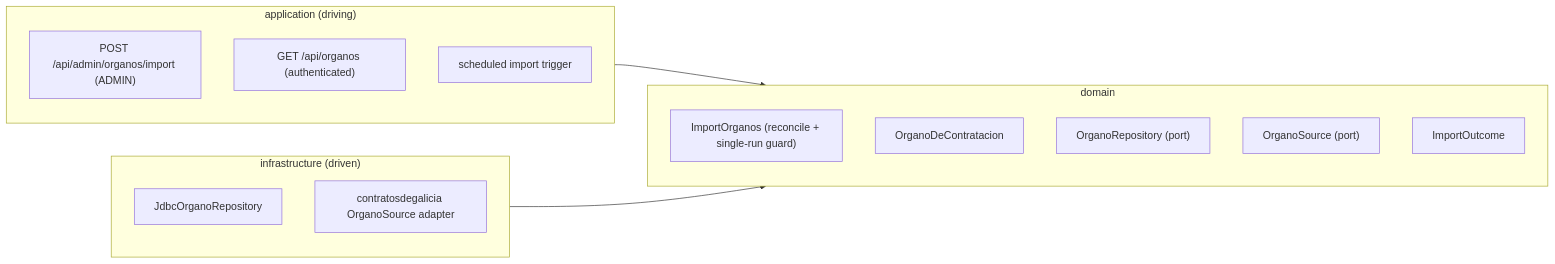
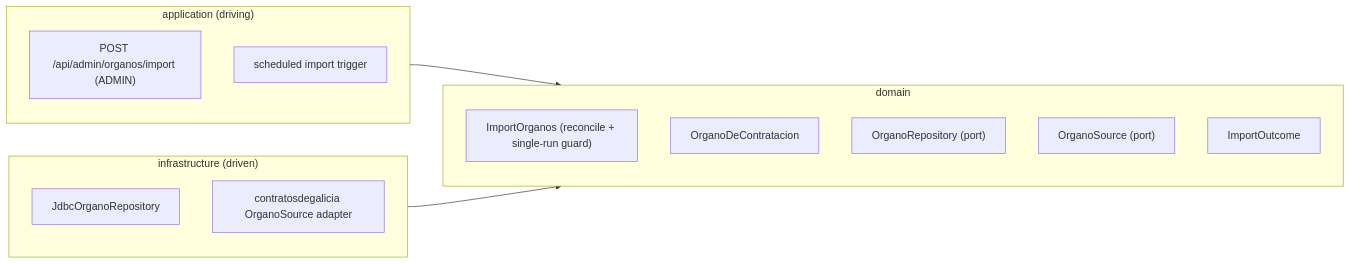
One commit to earelin/conxugal changed the diagram in docs/features/FEAT-0006-organos-catalogue-import/README.md. Above: the diagram before and after it, drawn with Mermaid. The commit also changed other lines of this file and 6 other files, not shown here.

First line of the commit message:
docs: drop GET /api/organos, one read serves the catalogue

````diff
--- a/docs/features/FEAT-0006-organos-catalogue-import/README.md
+++ b/docs/features/FEAT-0006-organos-catalogue-import/README.md
@@ -74,21 +77,20 @@
 ```mermaid
 flowchart LR
     subgraph application["application (driving)"]
         importApi["POST /api/admin/organos/import (ADMIN)"]
-        listApi["GET /api/organos (authenticated)"]
         scheduler["scheduled import trigger"]
     end
     subgraph domain["domain"]
         useCase["ImportOrganos (reconcile + single-run guard)"]
         organo["OrganoDeContratacion"]
         repoPort["OrganoRepository (port)"]
         sourcePort["OrganoSource (port)"]
         outcome["ImportOutcome"]
     end
     subgraph infrastructure["infrastructure (driven)"]
         jdbc["JdbcOrganoRepository"]
         scraper["contratosdegalicia OrganoSource adapter"]
     end
     application --> domain
     infrastructure --> domain
 ```
````
